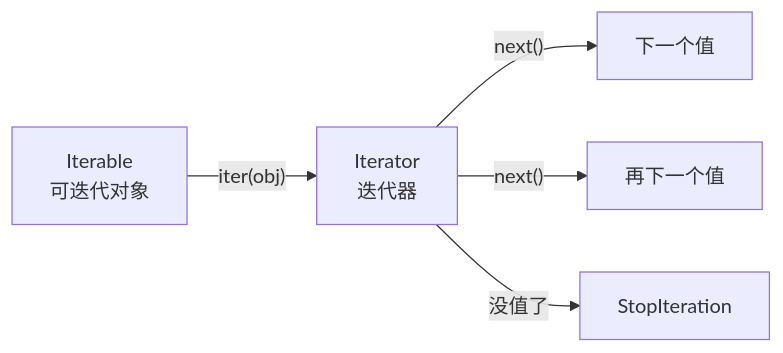
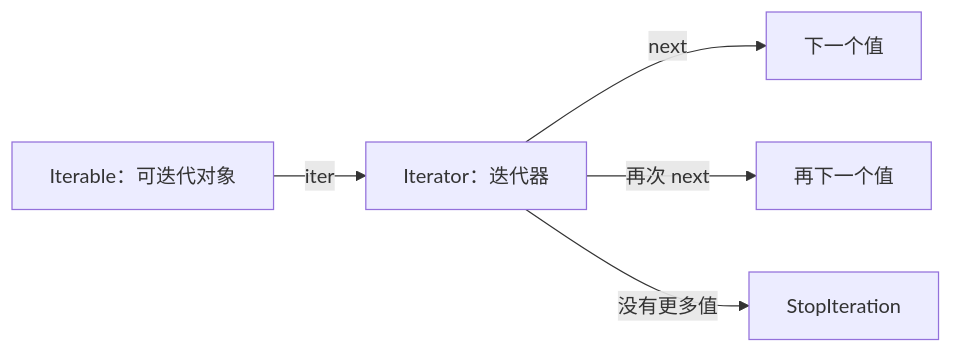
Before and after one commit to studyzhige-ui/python-interview-handbook: the first of 3 diagrams in review/06-迭代器-生成器-yield-图解与自测.md, drawn with Mermaid. The commit also changed other lines of this file and 11 other files, not shown here.

First line of the commit message:
fix: repair Mermaid rendering across review chapters

````diff
--- a/review/06-迭代器-生成器-yield-图解与自测.md
+++ b/review/06-迭代器-生成器-yield-图解与自测.md
@@ -7,7 +7,7 @@
 ```mermaid
 flowchart LR
-    I[Iterable<br/>可迭代对象] -- iter(obj) --> IT[Iterator<br/>迭代器]
-    IT -- next() --> V1[下一个值]
-    IT -- next() --> V2[再下一个值]
-    IT -- 没值了 --> STOP[StopIteration]
+    I["Iterable：可迭代对象"] -->|iter| IT["Iterator：迭代器"]
+    IT -->|next| V1["下一个值"]
+    IT -->|再次 next| V2["再下一个值"]
+    IT -->|没有更多值| STOP["StopIteration"]
 ```
````
